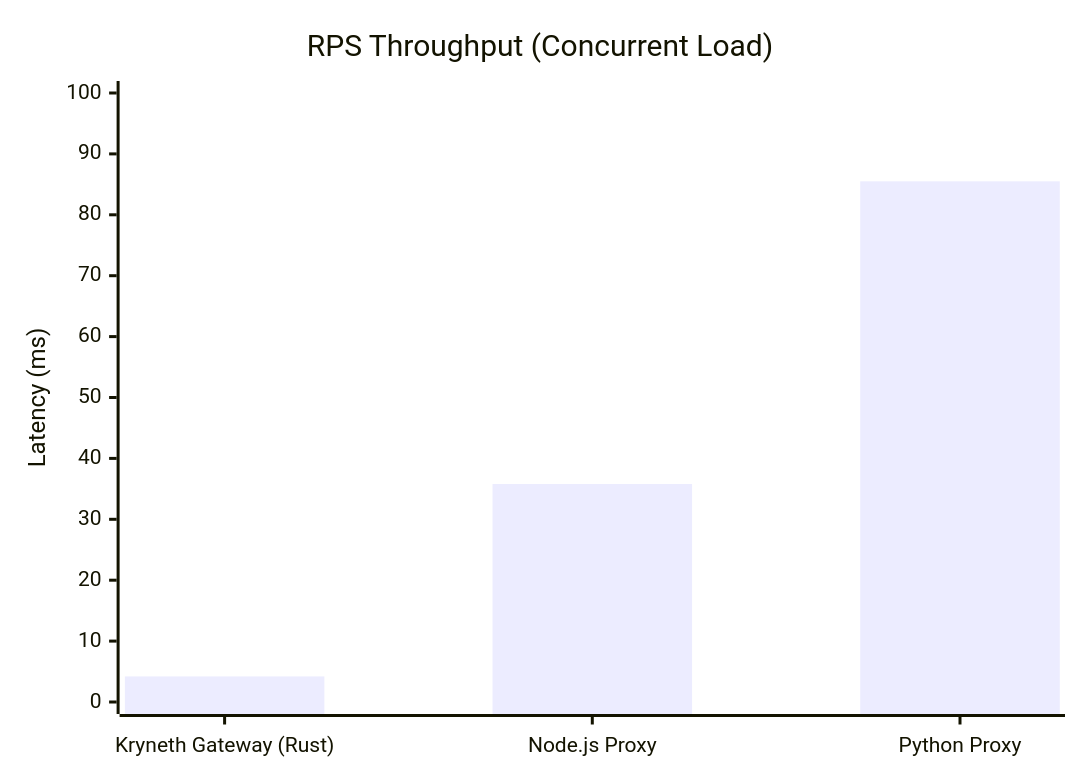
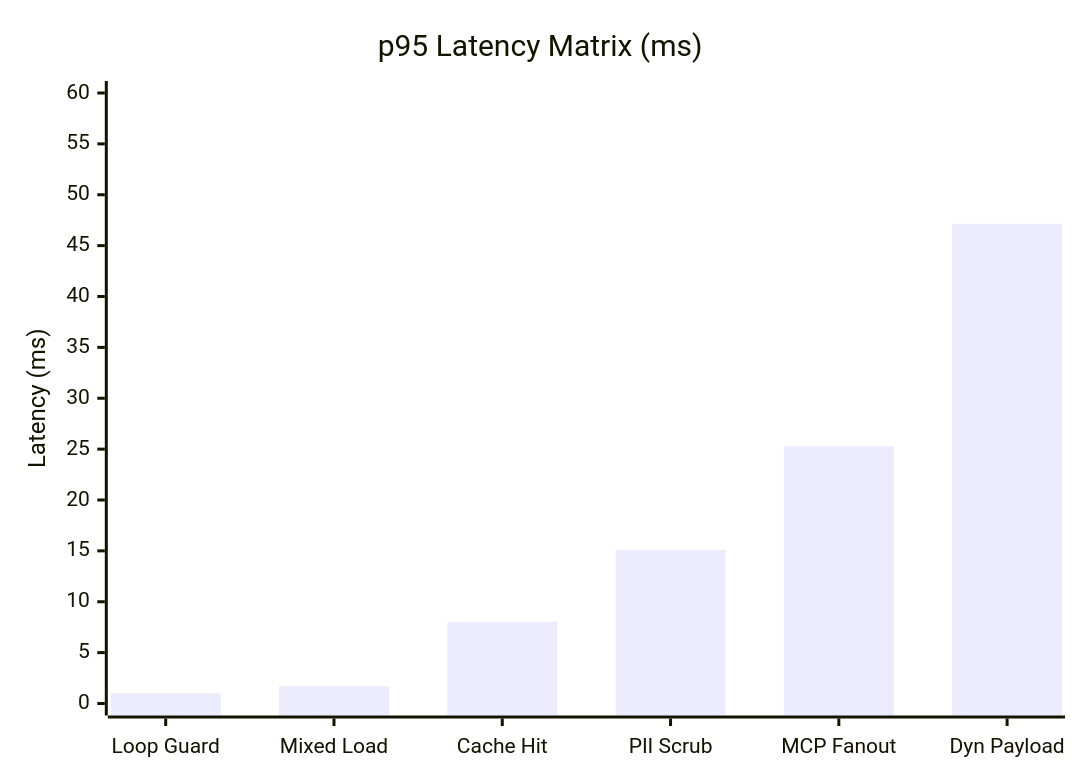
Before and after one commit to kryneth-admin/kryneth-oss: the second of 2 diagrams in BENCHMARKS.md, drawn with Mermaid. The commit also changed other lines of this file, not shown here.

Commit message:
Add:Gateway bechmarks md

````diff
--- a/BENCHMARKS.md
+++ b/BENCHMARKS.md
@@ -10,8 +30,7 @@
 ```mermaid
 xychart-beta
-    title "RPS Throughput (Concurrent Load)"
-    x-axis ["Kryneth Gateway (Rust)", "Node.js Proxy", "Python Proxy"]
-    y-axis "Latency (ms)" 0 --> 100
-    bar [4.2, 35.8, 85.5]
-    line [16075, 8500, 4200]
+    title "p95 Latency Matrix (ms)"
+    x-axis ["Loop Guard", "Mixed Load", "Cache Hit", "PII Scrub", "MCP Fanout", "Dyn Payload"]
+    y-axis "Latency (ms)" 0 --> 60
+    bar [1.01, 1.70, 8.03, 15.09, 25.28, 47.15]
 ```
````
